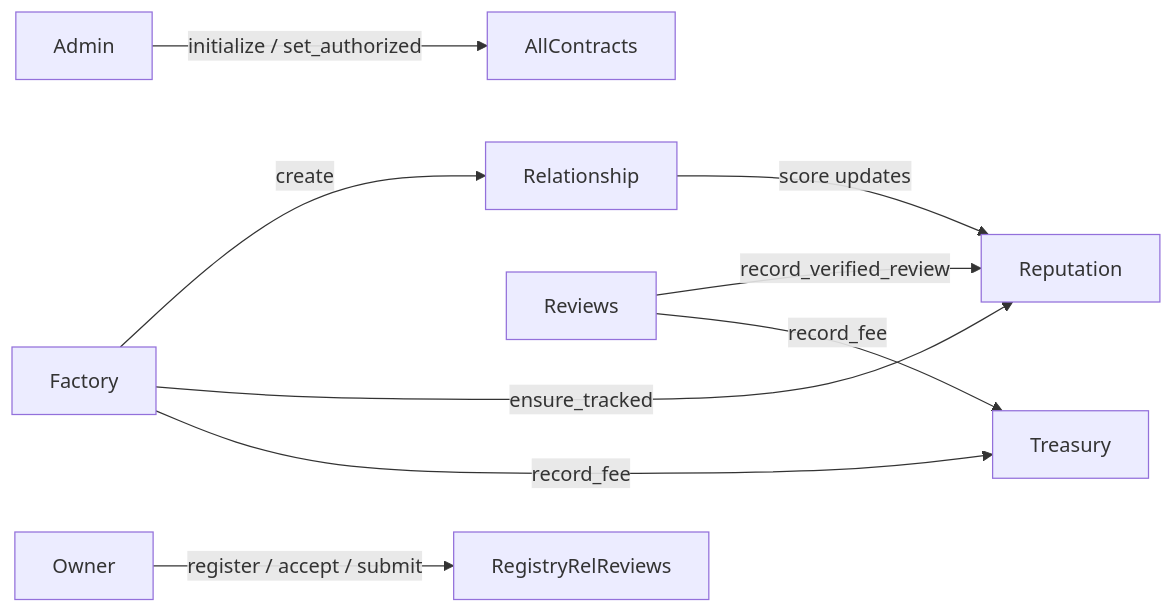
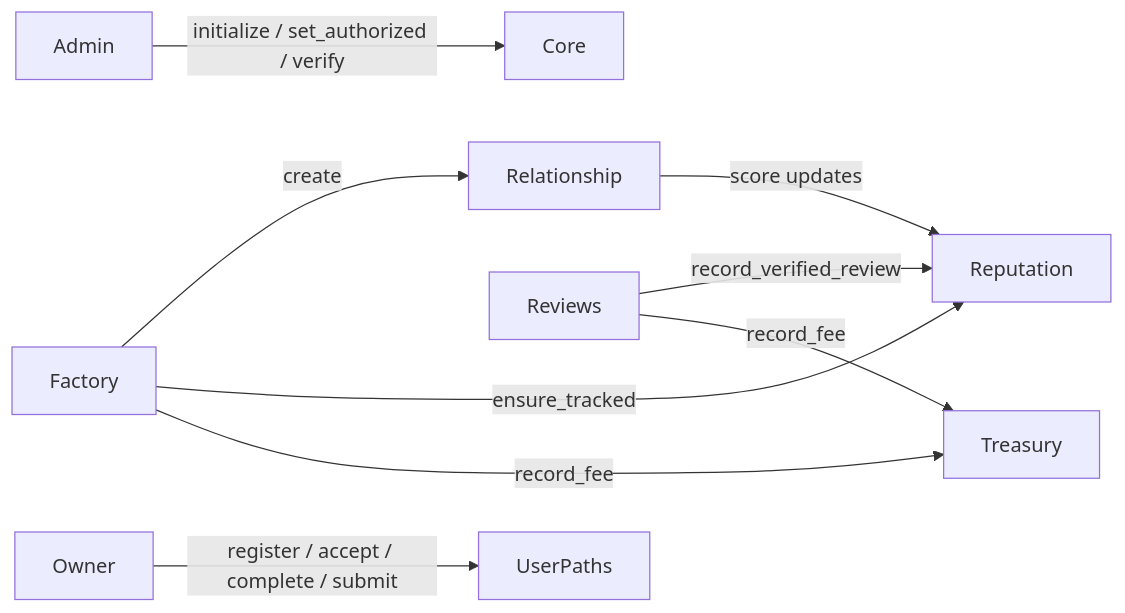
Before and after one commit to nishant-uxs/TrustMesh: the third of 4 diagrams in README.md, drawn with Mermaid. The commit also changed other lines of this file and 3 other files, not shown here.

````diff
--- a/README.md
+++ b/README.md
@@ -217,11 +198,11 @@
 ```mermaid
 flowchart LR
-  Admin -->|initialize / set_authorized| AllContracts
+  Admin -->|initialize / set_authorized / verify| Core
   Factory -->|create| Relationship
   Factory -->|ensure_tracked| Reputation
   Factory -->|record_fee| Treasury
   Relationship -->|score updates| Reputation
   Reviews -->|record_verified_review| Reputation
   Reviews -->|record_fee| Treasury
-  Owner -->|register / accept / submit| RegistryRelReviews
+  Owner -->|register / accept / complete / submit| UserPaths
 ```
````
